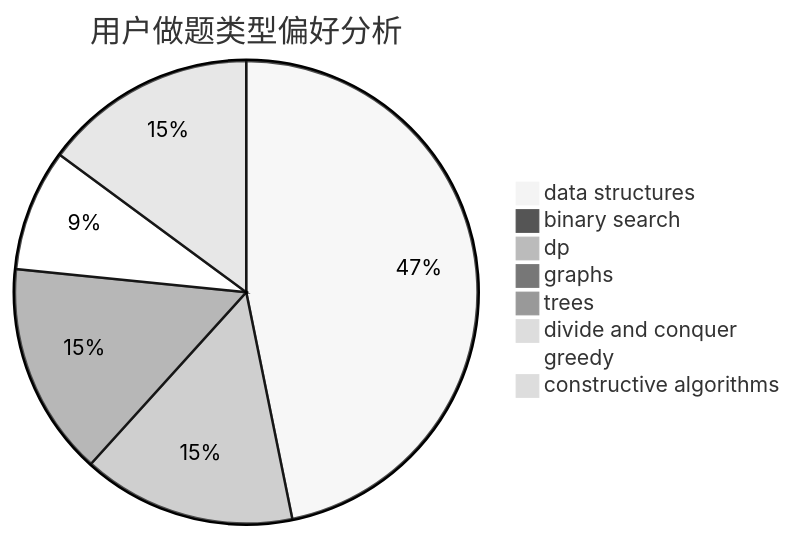
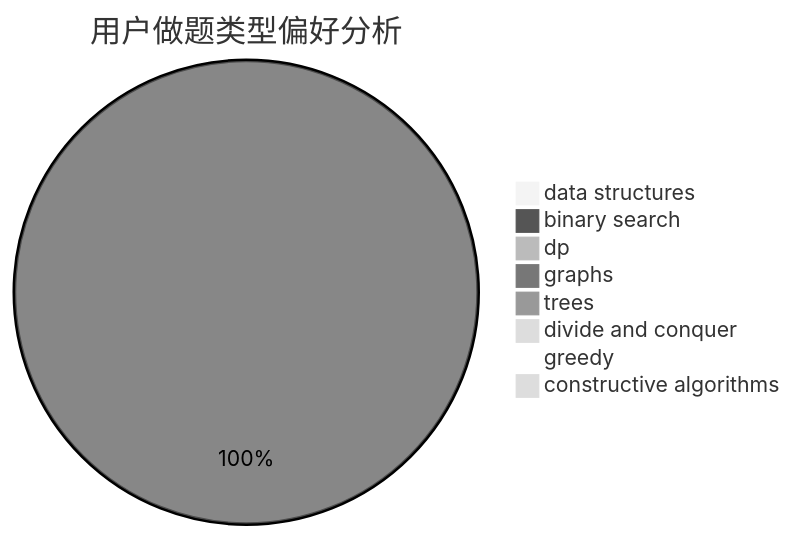
The second of 3 diagrams in docs/user/u802.md (sherpahu/cfrs.github.io), drawn with Mermaid (neutral theme) before and after one commit. The commit also changed other lines of this file and 2770 other files, not shown here.

````diff
--- a/docs/user/u802.md
+++ b/docs/user/u802.md
@@ -23,11 +23,11 @@
 ```mermaid
 pie title 用户做题类型偏好分析
-    "data structures" :  22
-    "binary search" :  0
-    "dp" :  7
+    "data structures" :  0
+    "binary search" :  12
+    "dp" :  0
     "graphs" :  0
-    "trees" :  7
+    "trees" :  0
     "divide and conquer" :  0
-    "greedy" :  4
-    "constructive algorithms" :  7
+    "greedy" :  0
+    "constructive algorithms" :  0
 ```
````
